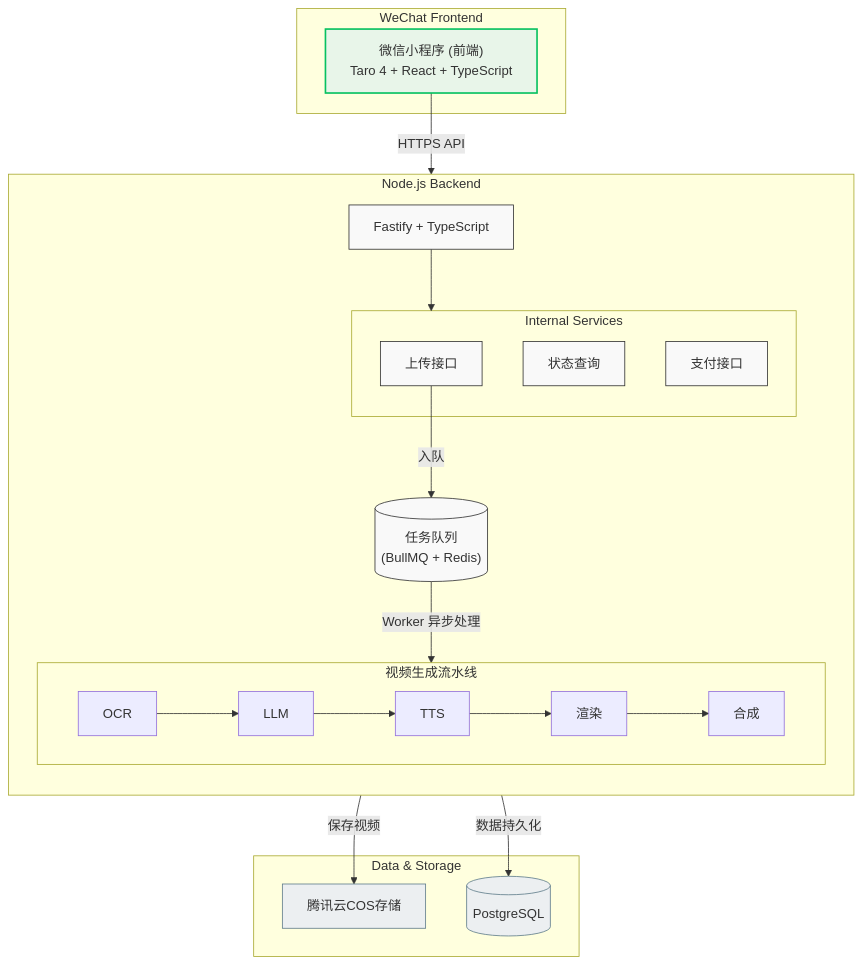
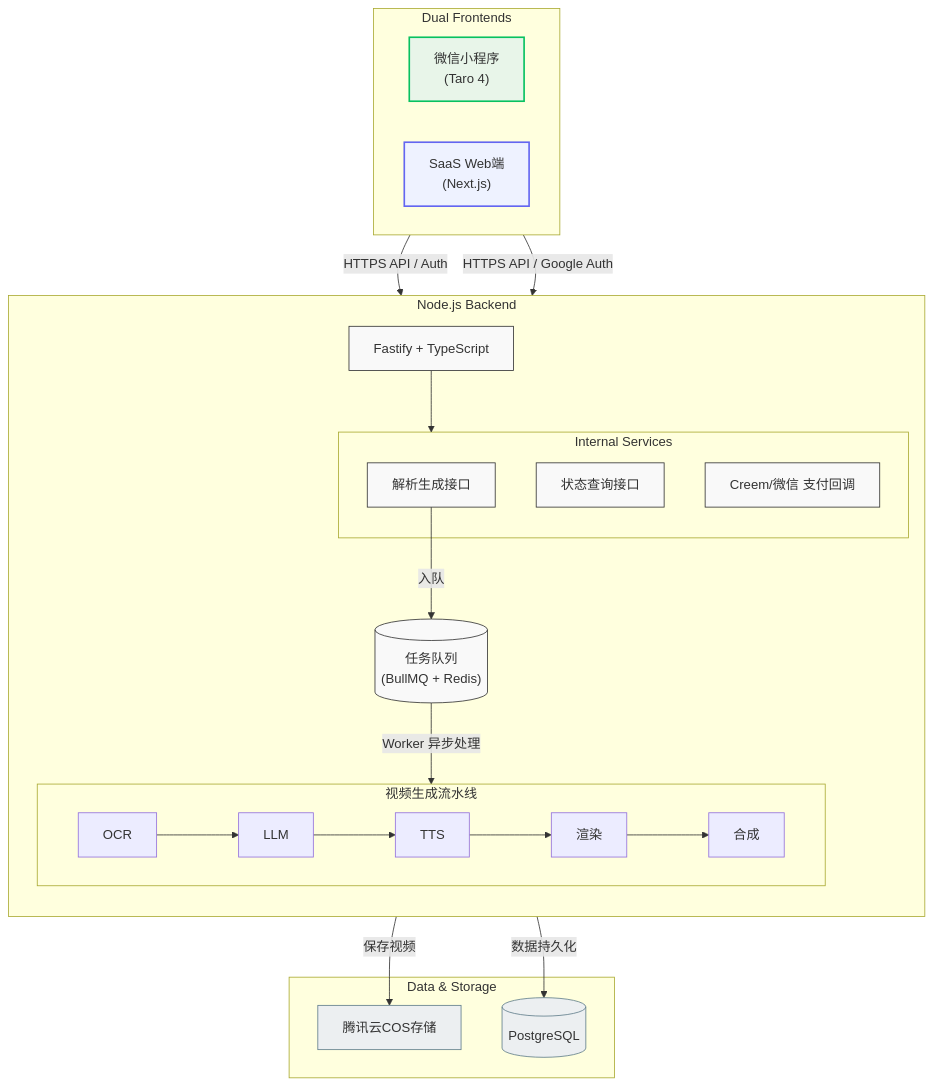
The diagram in README.md (0xMoat/EchoHealth), drawn with Mermaid before and after one commit. The commit also changed other lines of this file, not shown here.

Commit message:
docs: update README with dual-frontend architecture and SaaS deployment status

````diff
--- a/README.md
+++ b/README.md
@@ -33,44 +39,48 @@
 ```mermaid
 graph TD
     %% 统一样式定义
     classDef primary fill:#e8f5e9,stroke:#07c160,stroke-width:2px;
+    classDef saas fill:#eef2ff,stroke:#6366f1,stroke-width:2px;
     classDef secondary fill:#f9f9f9,stroke:#333,stroke-width:1px;
     classDef neutral fill:#eceff1,stroke:#607d8b,stroke-width:1px;
 
-    subgraph Frontend [WeChat Frontend]
-        A["微信小程序 (前端)<br/>Taro 4 + React + TypeScript"]:::primary
+    subgraph Frontends [Dual Frontends]
+        direction LR
+        A["微信小程序<br/>(Taro 4)"]:::primary
+        W["SaaS Web端<br/>(Next.js)"]:::saas
     end
 
     subgraph Backend [Node.js Backend]
         direction TB
         B["Fastify + TypeScript"]:::secondary
         
         subgraph Services [Internal Services]
-            S1["上传接口"]:::secondary
-            S2["状态查询"]:::secondary
-            S3["支付接口"]:::secondary
+            S1["解析生成接口"]:::secondary
+            S2["状态查询接口"]:::secondary
+            S3["Creem/微信 支付回调"]:::secondary
         end
         
         Q[("任务队列<br/>(BullMQ + Redis)")]:::secondary
         
         subgraph Pipeline [视频生成流水线]
             direction LR
             P1["OCR"] --> P2["LLM"] --> P3["TTS"] --> P4["渲染"] --> P5["合成"]
         end
         class Pipeline primary
     end
 
     subgraph Data [Data & Storage]
         COS["腾讯云COS存储"]:::neutral
         DB[("PostgreSQL")]:::neutral
     end
 
     %% 关系链路
-    A -- "HTTPS API" --> B
+    A -- "HTTPS API / Auth" --> B
+    W -- "HTTPS API / Google Auth" --> B
     B --> Services
     S1 -- "入队" --> Q
     Q -- "Worker 异步处理" --> Pipeline
     
     Pipeline -- "保存视频" --> COS
     B -- "数据持久化" --> DB
 ```
````
